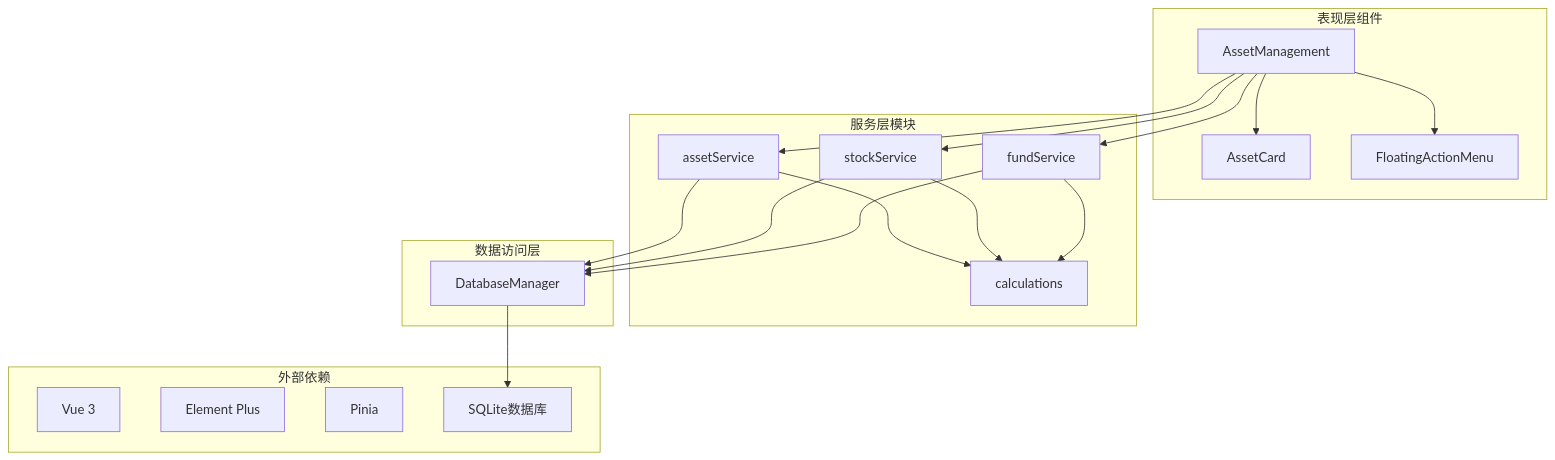
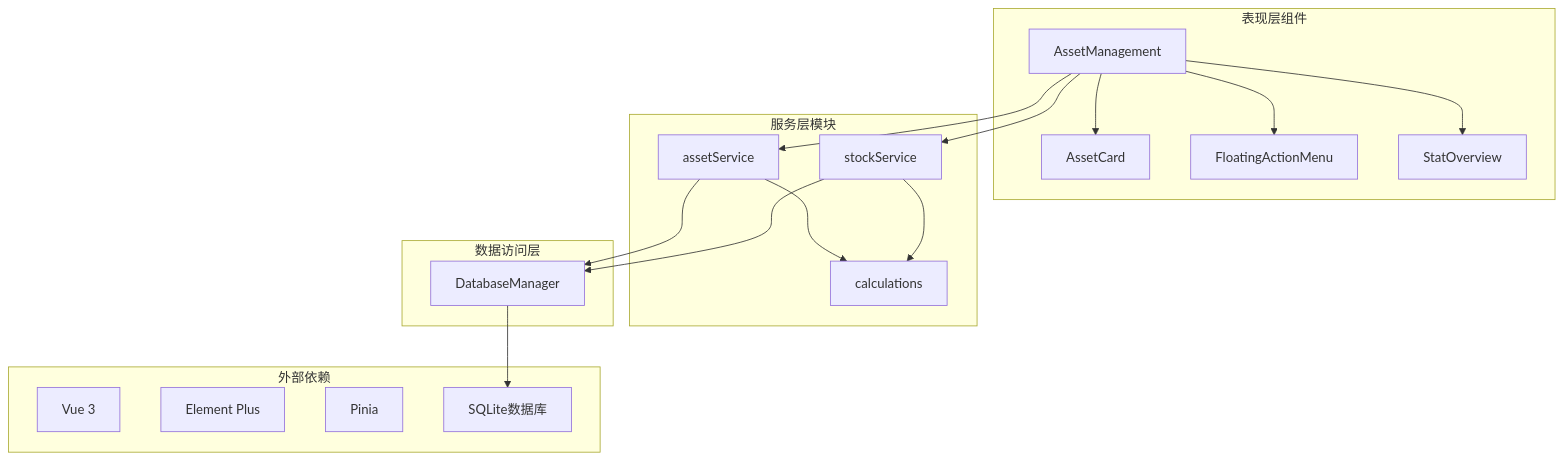
One commit to xiao-lin-unit/yuan changed diagram 15 of 17 in .qoder/repowiki/zh/content/资产管理/资产总览.md. Above: the diagram before and after it, drawn with Mermaid. The commit also changed other lines of this file and 14 other files, not shown here.

````diff
--- a/.qoder/repowiki/zh/content/资产管理/资产总览.md
+++ b/.qoder/repowiki/zh/content/资产管理/资产总览.md
@@ -786,35 +653,33 @@
 ```mermaid
 graph TB
 subgraph "外部依赖"
 VUE[Vue 3]
 ELEMENT[Element Plus]
 PINIA[Pinia]
 SQLITE[SQLite数据库]
 end
 subgraph "表现层组件"
 AM[AssetManagement]
 AC[AssetCard]
 FAM[FloatingActionMenu]
+SO[StatOverview]
 end
 subgraph "服务层模块"
 AS[assetService]
 SS[stockService]
-FS[fundService]
 CAL[calculations]
 end
 subgraph "数据访问层"
 DB[DatabaseManager]
 end
 AM --> AC
 AM --> FAM
+AM --> SO
 AM --> AS
 AM --> SS
-AM --> FS
 AS --> CAL
 SS --> CAL
-FS --> CAL
 AS --> DB
 SS --> DB
-FS --> DB
 DB --> SQLITE
 ```
````
